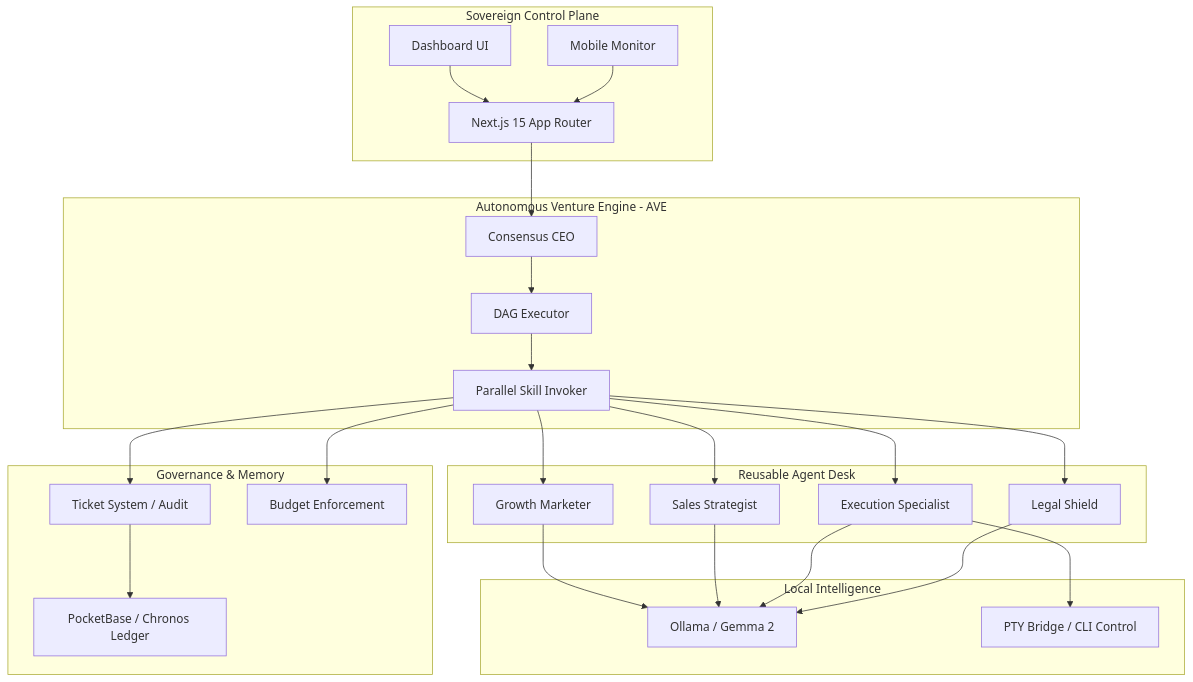
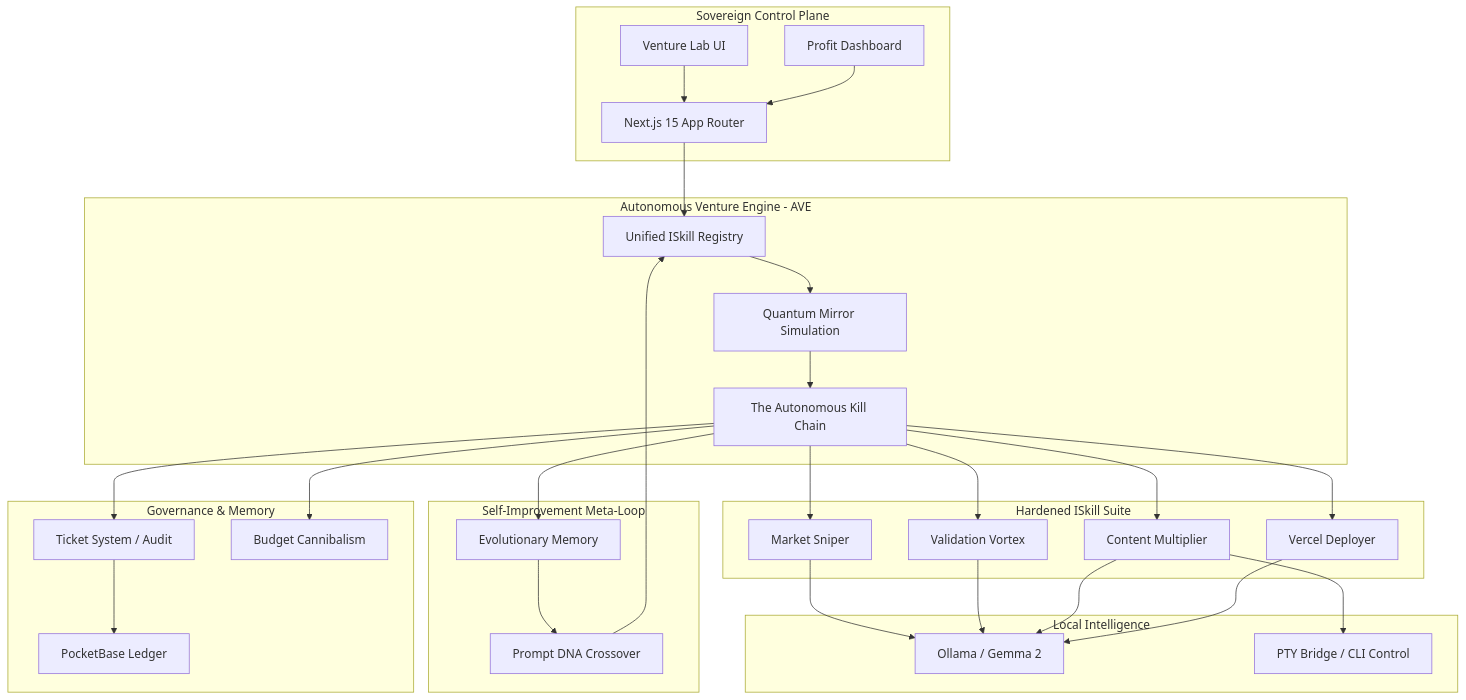
Before and after one commit to Moeabdelaziz007/digitaltwin-local-agent: the diagram in README.md, drawn with Mermaid. The commit also changed other lines of this file and 4 other files, not shown here.

Commit message:
feat(evolution): implement evolutionary memory and vercel skill, update readme

````diff
--- a/README.md
+++ b/README.md
@@ -48,31 +49,37 @@
 ```mermaid
 graph TD
     subgraph UI_Layer [Sovereign Control Plane]
-        A[Dashboard UI] --> B[Next.js 15 App Router]
-        C[Mobile Monitor] --> B
+        A[Venture Lab UI] --> B[Next.js 15 App Router]
+        C[Profit Dashboard] --> B
     end
 
     subgraph Orchestration [Autonomous Venture Engine - AVE]
-        B --> D[Consensus CEO]
-        D --> E[DAG Executor]
-        E --> F[Parallel Skill Invoker]
+        B --> D[Unified ISkill Registry]
+        D --> E[Quantum Mirror Simulation]
+        E --> F[The Autonomous Kill Chain]
     end
 
-    subgraph Agency_Pool [Reusable Agent Desk]
-        F --> G[Growth Marketer]
-        F --> H[Sales Strategist]
-        F --> I[Execution Specialist]
-        F --> J[Legal Shield]
+    subgraph Learning_Layer [Self-Improvement Meta-Loop]
+        F --> G[Evolutionary Memory]
+        G --> H[Prompt DNA Crossover]
+        H --> D
+    end
+
+    subgraph Agency_Pool [Hardened ISkill Suite]
+        F --> I[Market Sniper]
+        F --> J[Validation Vortex]
+        F --> K[Content Multiplier]
+        F --> L[Vercel Deployer]
     end
 
     subgraph Integrity [Governance & Memory]
-        F --> K[Ticket System / Audit]
-        K --> L[PocketBase / Chronos Ledger]
-        F --> M[Budget Enforcement]
+        F --> M[Ticket System / Audit]
+        M --> N[PocketBase Ledger]
+        F --> O[Budget Cannibalism]
     end
 
     subgraph Intelligence [Local Intelligence]
-        G & H & I & J --> N[Ollama / Gemma 2]
-        I --> O[PTY Bridge / CLI Control]
+        I & J & K & L --> P[Ollama / Gemma 2]
+        K --> Q[PTY Bridge / CLI Control]
     end
 ```
````
